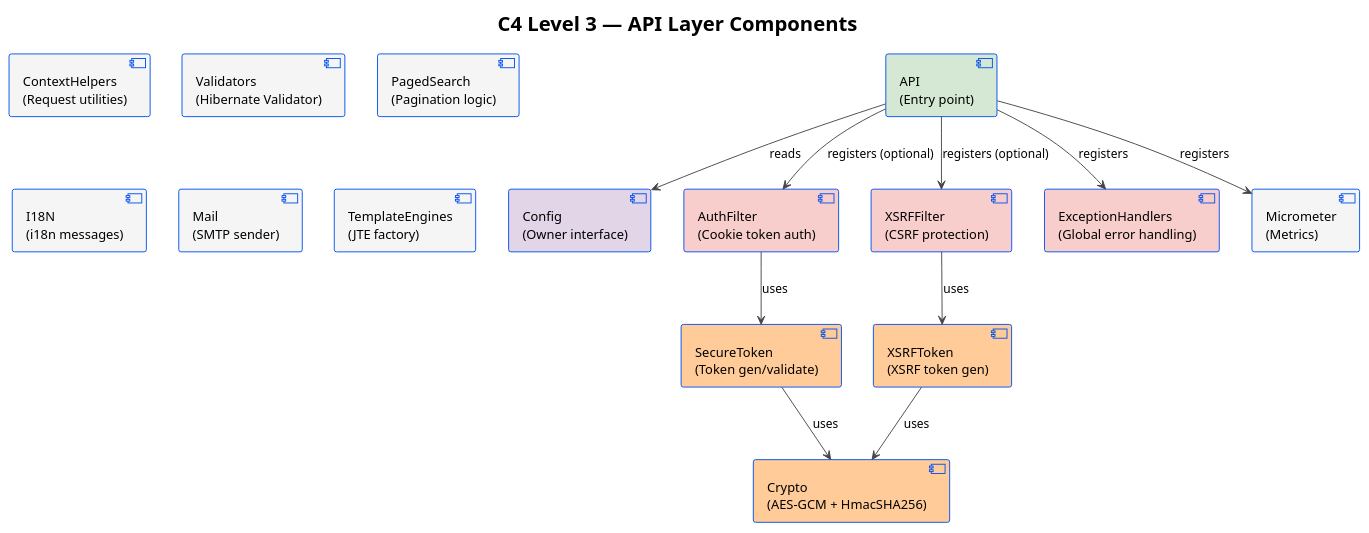
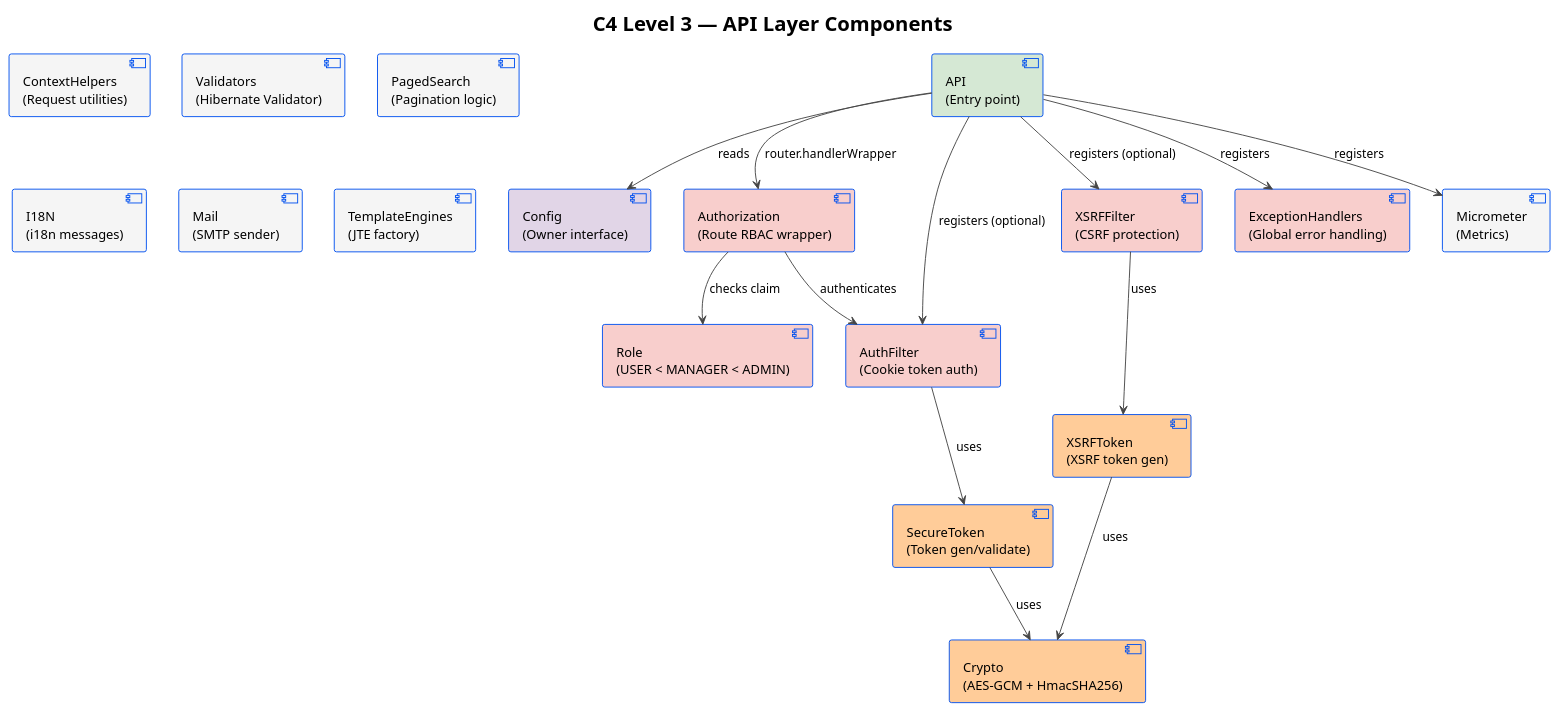
Before and after one commit to batzorigt/rest-api-template: the third of 8 diagrams in ARCHITECTURE.md, drawn with PlantUML. The commit also changed other lines of this file and 15 other files, not shown here.

First line of the commit message:
Implement route-level RBAC with Authorization wrapper

````diff
--- a/ARCHITECTURE.md
+++ b/ARCHITECTURE.md
@@ -146,40 +146,45 @@
 ```plantuml
 @startuml C4_Component_API
 !theme plain
 skinparam component {
   BorderColor #0050ef
   BackgroundColor #dce8ff
 }
 skinparam ArrowColor #444444
 
 title C4 Level 3 — API Layer Components
 
 component "API\n(Entry point)" as api #d5e8d4
 component "Config\n(Owner interface)" as config #e1d5e7
+component "Authorization\n(Route RBAC wrapper)" as authz #f8cecc
+component "Role\n(USER < MANAGER < ADMIN)" as role #f8cecc
 component "AuthFilter\n(Cookie token auth)" as auth #f8cecc
 component "XSRFFilter\n(CSRF protection)" as xsrf #f8cecc
 component "ExceptionHandlers\n(Global error handling)" as ex #f8cecc
 component "ContextHelpers\n(Request utilities)" as ctx #f5f5f5
 component "Validators\n(Hibernate Validator)" as val #f5f5f5
 component "PagedSearch\n(Pagination logic)" as paged #f5f5f5
 component "I18N\n(i18n messages)" as i18n #f5f5f5
 component "Micrometer\n(Metrics)" as micro #f5f5f5
 component "Crypto\n(AES-GCM + HmacSHA256)" as crypto #ffcc99
 component "SecureToken\n(Token gen/validate)" as token #ffcc99
 component "XSRFToken\n(XSRF token gen)" as xtoken #ffcc99
 component "Mail\n(SMTP sender)" as mail #f5f5f5
 component "TemplateEngines\n(JTE factory)" as tmpl #f5f5f5
 
 api --> config : "reads"
+api --> authz : "router.handlerWrapper"
 api --> auth : "registers (optional)"
 api --> xsrf : "registers (optional)"
 api --> ex : "registers"
 api --> micro : "registers"
 
+authz --> role : "checks claim"
+authz --> auth : "authenticates"
 auth --> token : "uses"
 xsrf --> xtoken : "uses"
 token --> crypto : "uses"
 xtoken --> crypto : "uses"
 
 @enduml
 ```
````
